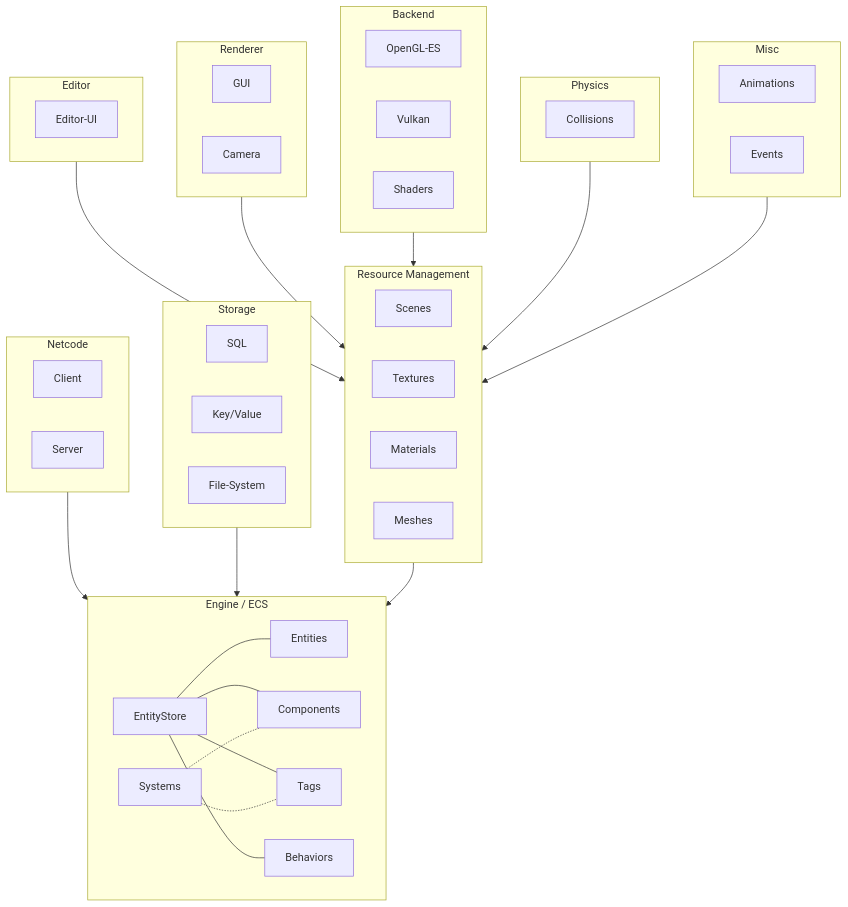
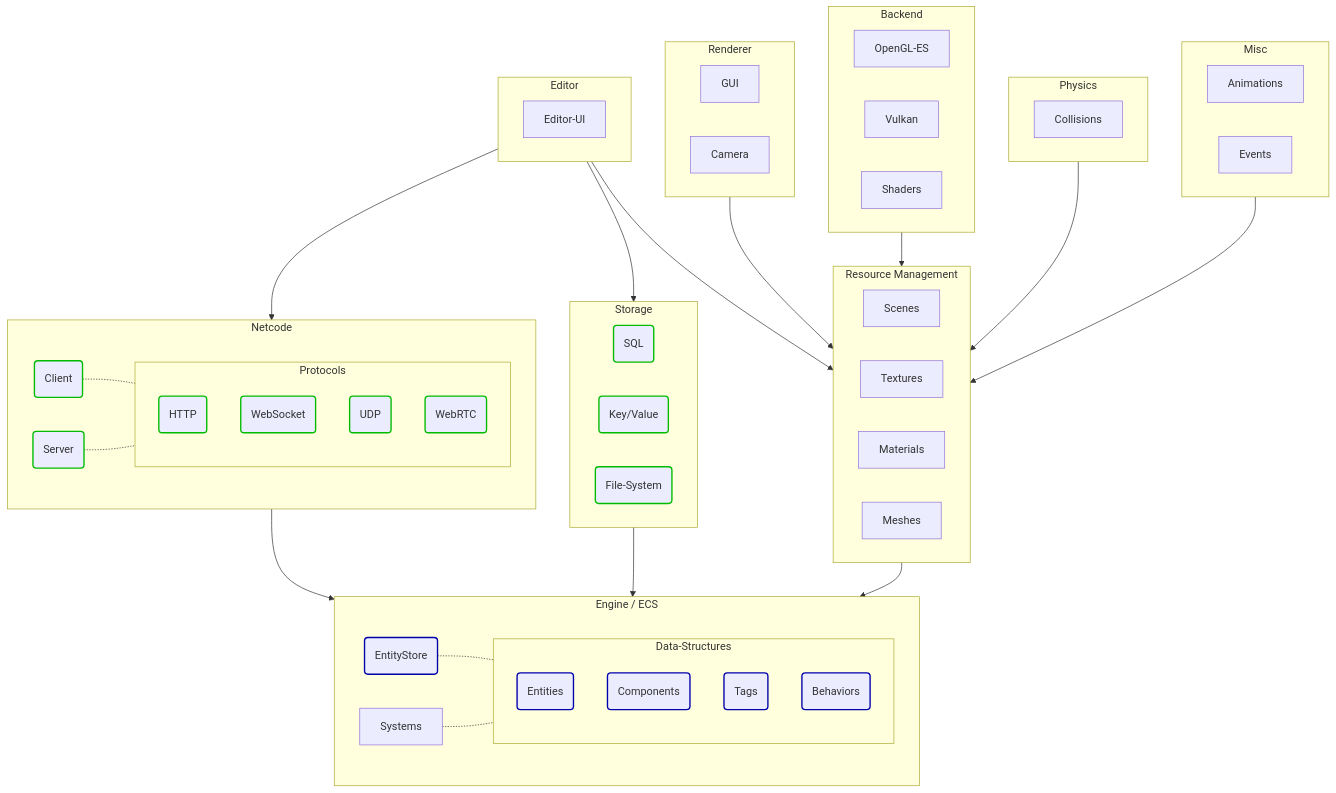
The first of 2 diagrams in Engine/README.md (friflo/Friflo.Json.Fliox), drawn with Mermaid before and after one commit.

Commit message:
Engine - update architecture diagram

````diff
--- a/Engine/README.md
+++ b/Engine/README.md
@@ -25,5 +25,8 @@
 ```mermaid
   graph TD;
+    classDef finished       stroke:#0b0,stroke-width:2px;
+    classDef implemented    stroke:#00a,stroke-width:2px;
+
     subgraph Editor;
         Editor-UI;
     end
@@ -58,33 +61,49 @@
     end
 
     subgraph Netcode;
-        Client
-        Server
+        Client(Client):::finished
+        Server(Server):::finished
+
+        subgraph Protocols;
+            direction TB;
+            HTTP(HTTP):::finished
+            WebSocket(WebSocket):::finished
+            UDP(UDP):::finished
+            WebRTC(WebRTC):::finished
+        end
+
+        Client -.- Protocols
+        Server -.- Protocols
     end
 
+
+
     subgraph Storage;
-        SQL
-        Key/Value
-        File-System
+        SQL(SQL):::finished
+        Key/Value(Key/Value):::finished
+        File-System(File-System):::finished
     end
 
 
     subgraph Engine[Engine / ECS];
-       EntityStore
-       Entities
-       Components
-       Tags
-       Behaviors
-       Systems
+        EntityStore(EntityStore):::implemented
+        Systems
 
-       EntityStore  --- Entities
-       EntityStore  --- Components
-       EntityStore  --- Tags
-       EntityStore  --- Behaviors
+        subgraph Data-Structures;
+        direction TB;
+            Entities(Entities):::implemented
+            Components(Components):::implemented
+            Tags(Tags):::implemented
+            Behaviors(Behaviors):::implemented
+        end
 
-       Systems      -.- Components
-       Systems      -.- Tags
+
+        EntityStore  -.- Data-Structures
+        Systems      -.- Data-Structures
     end
+
+    Editor      -->Netcode
+    Editor      -->Storage
 
     Editor      -->Resource
     Renderer    -->Resource
````
